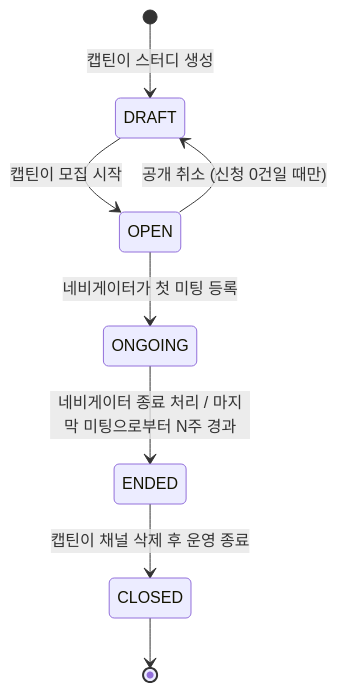
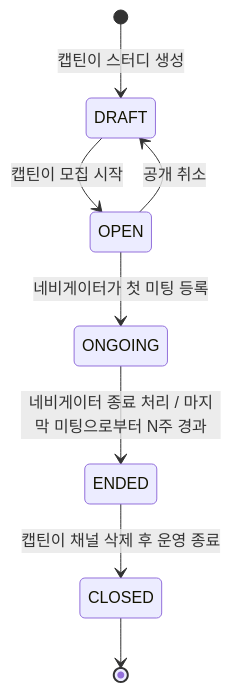
Before and after one commit to StudyClub-PlusPlus/studyclub-engineering: the diagram in docs/erd/STUDY.md, drawn with Mermaid. The commit also changed 1 other file, not shown here.

Commit message:
feat: add doc to publish and unpublish the study

````diff
--- a/docs/erd/STUDY.md
+++ b/docs/erd/STUDY.md
@@ -64,10 +64,10 @@
 ```mermaid
 stateDiagram-v2
   [*] --> DRAFT : 캡틴이 스터디 생성
   DRAFT --> OPEN : 캡틴이 모집 시작
-  OPEN --> DRAFT : 공개 취소 (신청 0건일 때만)
+  OPEN --> DRAFT : 공개 취소
   OPEN --> ONGOING : 네비게이터가 첫 미팅 등록
   ONGOING --> ENDED : 네비게이터 종료 처리 / 마지막 미팅으로부터 N주 경과
   ENDED --> CLOSED : 캡틴이 채널 삭제 후 운영 종료
   CLOSED --> [*]
 ```
````
